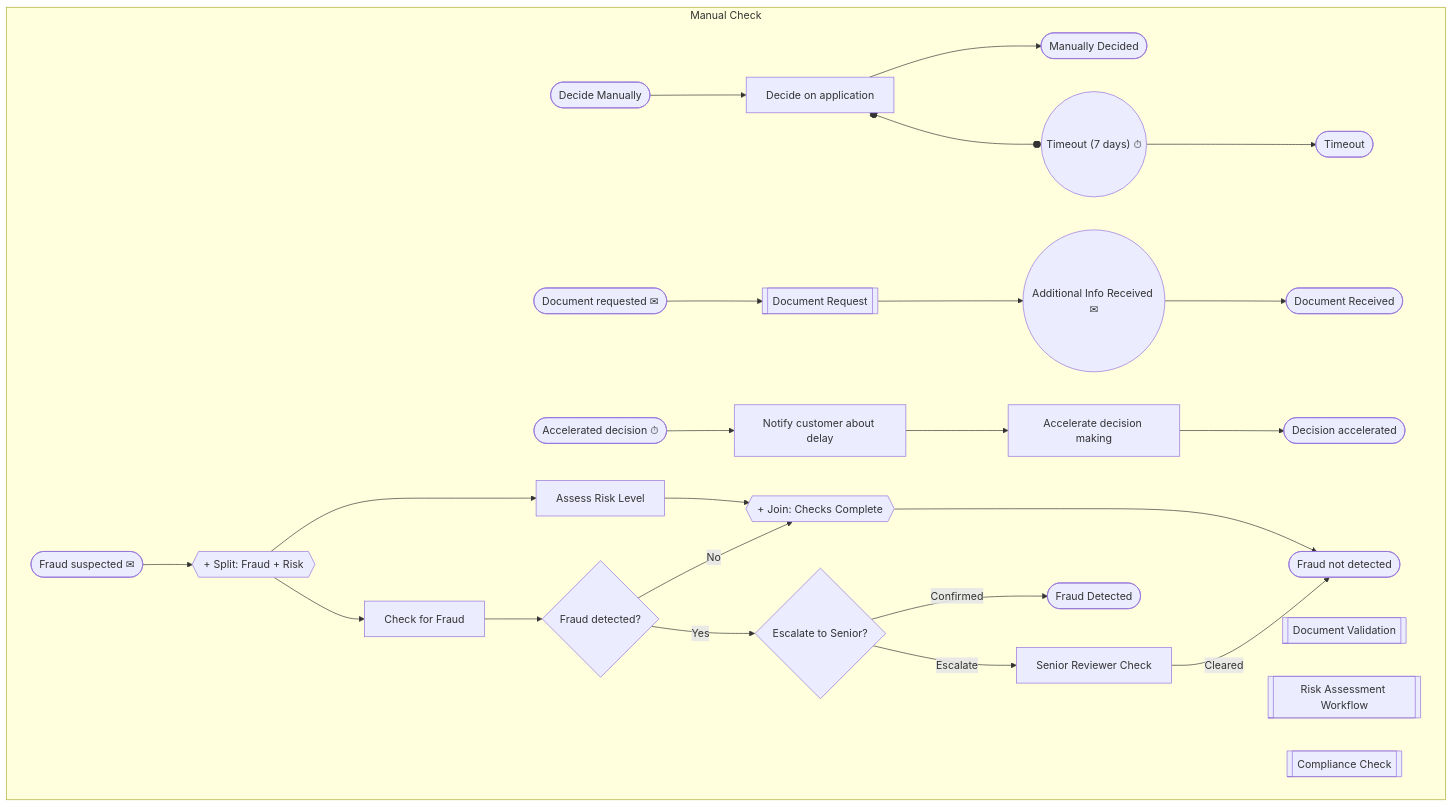
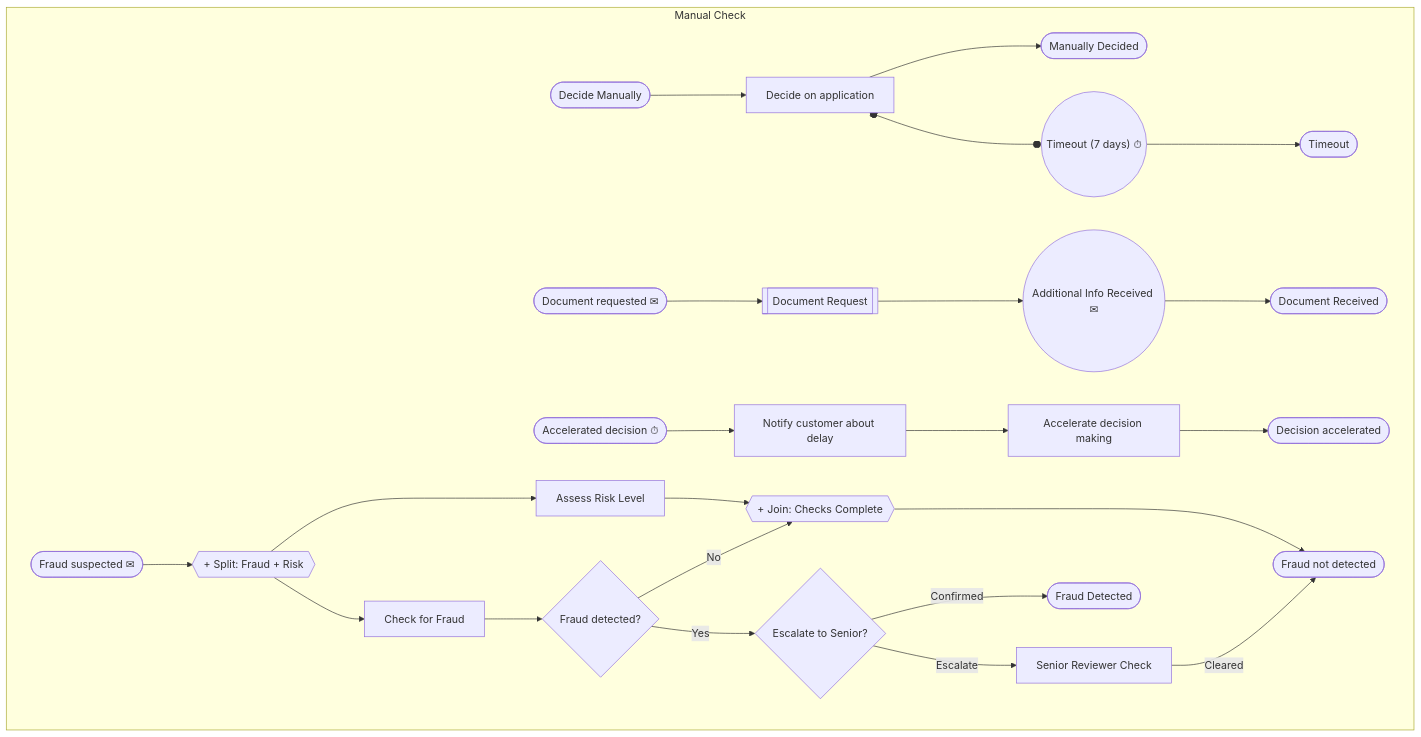
The diagram in data/24_bpmn_3_ground_truth.MMD (Colinho22/maestro), drawn with Mermaid before and after one commit. The commit also changed 6 other files, not shown here.

```diff
--- a/data/24_bpmn_3_ground_truth.MMD
+++ b/data/24_bpmn_3_ground_truth.MMD
@@ -1,77 +1,72 @@
 ---
 config:
   theme: default
 ---
 flowchart LR
     subgraph pool_manual_check["Manual Check"]
         direction LR
 
         %% Manual decision path
         start_decide_manually(["Decide Manually"])
         user_decide_on_app["Decide on application"]
         boundary_timeout_7d(("Timeout (7 days) ⏱"))
         end_manually_decided(["Manually Decided"])
         end_timeout(["Timeout"])
 
         %% Document path
         start_doc_requested(["Document requested ✉"])
         call_doc_request[["Document Request"]]
         icatch_additional_info(("Additional Info Received ✉"))
         end_doc_received(["Document Received"])
 
         %% Accelerated path
         start_accelerated(["Accelerated decision ⏱"])
         send_notify_delay["Notify customer about delay"]
         user_accelerate["Accelerate decision making"]
         end_decision_accelerated(["Decision accelerated"])
 
         %% Fraud path — expanded with parallel split + escalation
         start_fraud_suspected(["Fraud suspected ✉"])
         pgw_split_fraud_risk{{"+ Split: Fraud + Risk"}}
         user_check_fraud["Check for Fraud"]
         user_assess_risk["Assess Risk Level"]
         xgw_fraud_detected{"Fraud detected?"}
         pgw_join_fraud_risk{{"+ Join: Checks Complete"}}
         end_fraud_not_detected(["Fraud not detected"])
         xgw_escalate{"Escalate to Senior?"}
         user_senior_review["Senior Reviewer Check"]
         end_fraud_detected(["Fraud Detected"])
-
-        %% Named sub-processes
-        sub_doc_validation[["Document Validation"]]
-        sub_risk_assessment[["Risk Assessment Workflow"]]
-        sub_compliance_check[["Compliance Check"]]
     end
 
     %% Manual decision
     start_decide_manually --> user_decide_on_app
     user_decide_on_app --> end_manually_decided
     user_decide_on_app o--o boundary_timeout_7d
     boundary_timeout_7d --> end_timeout
 
     %% Document path (extended)
     start_doc_requested --> call_doc_request
     call_doc_request --> icatch_additional_info
     icatch_additional_info --> end_doc_received
 
     %% Accelerated path
     start_accelerated --> send_notify_delay
     send_notify_delay --> user_accelerate
     user_accelerate --> end_decision_accelerated
 
     %% Fraud path — parallel split
     start_fraud_suspected --> pgw_split_fraud_risk
     pgw_split_fraud_risk --> user_check_fraud
     pgw_split_fraud_risk --> user_assess_risk
     user_check_fraud --> xgw_fraud_detected
     user_assess_risk --> pgw_join_fraud_risk
 
     %% Fraud gateway routing
     xgw_fraud_detected -->|"No"| pgw_join_fraud_risk
     pgw_join_fraud_risk --> end_fraud_not_detected
 
     %% Escalation path
     xgw_fraud_detected -->|"Yes"| xgw_escalate
     xgw_escalate -->|"Escalate"| user_senior_review
     xgw_escalate -->|"Confirmed"| end_fraud_detected
     user_senior_review -->|"Cleared"| end_fraud_not_detected
```
